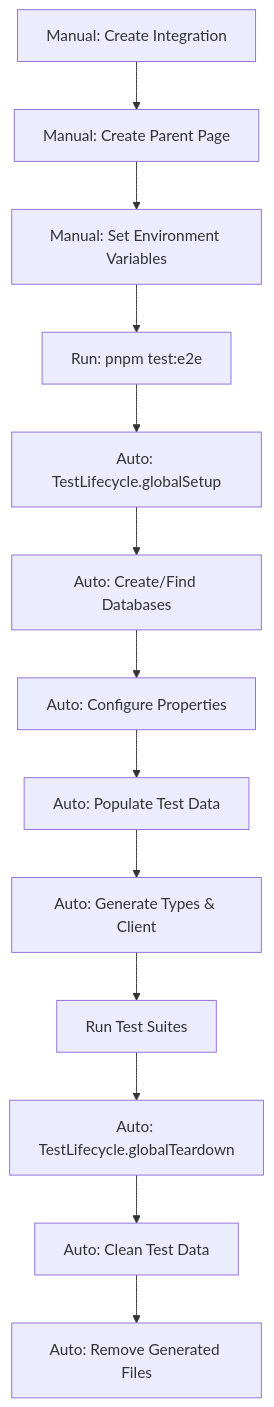
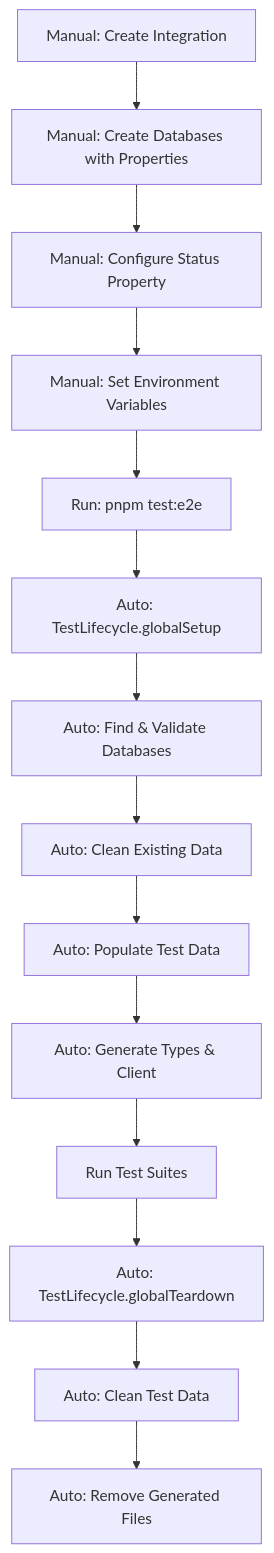
Before and after one commit to sug1t0m0/notion-typed-client: the diagram in e2e/E2E_SETUP_GUIDE.md, drawn with Mermaid. The commit also changed other lines of this file and 6 other files, not shown here.

First line of the commit message:
feat!: migrate E2E tests from automatic to manual database setup

````diff
--- a/e2e/E2E_SETUP_GUIDE.md
+++ b/e2e/E2E_SETUP_GUIDE.md
@@ -69,15 +70,16 @@
 ```mermaid
 graph TD
-    A[Manual: Create Integration] --> B[Manual: Create Parent Page]
-    B --> C[Manual: Set Environment Variables]
-    C --> D[Run: pnpm test:e2e]
-    D --> E[Auto: TestLifecycle.globalSetup]
-    E --> F[Auto: Create/Find Databases]
-    F --> G[Auto: Configure Properties]
-    G --> H[Auto: Populate Test Data]
-    H --> I[Auto: Generate Types & Client]
-    I --> J[Run Test Suites]
-    J --> K[Auto: TestLifecycle.globalTeardown]
-    K --> L[Auto: Clean Test Data]
-    L --> M[Auto: Remove Generated Files]
+    A[Manual: Create Integration] --> B[Manual: Create Databases with Properties]
+    B --> C[Manual: Configure Status Property]
+    C --> D[Manual: Set Environment Variables]
+    D --> E[Run: pnpm test:e2e]
+    E --> F[Auto: TestLifecycle.globalSetup]
+    F --> G[Auto: Find & Validate Databases]
+    G --> H[Auto: Clean Existing Data]
+    H --> I[Auto: Populate Test Data]
+    I --> J[Auto: Generate Types & Client]
+    J --> K[Run Test Suites]
+    K --> L[Auto: TestLifecycle.globalTeardown]
+    L --> M[Auto: Clean Test Data]
+    M --> N[Auto: Remove Generated Files]
 ```
````
